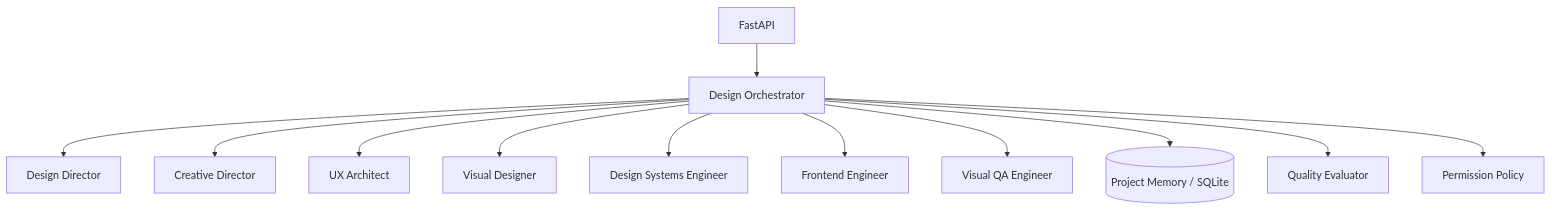
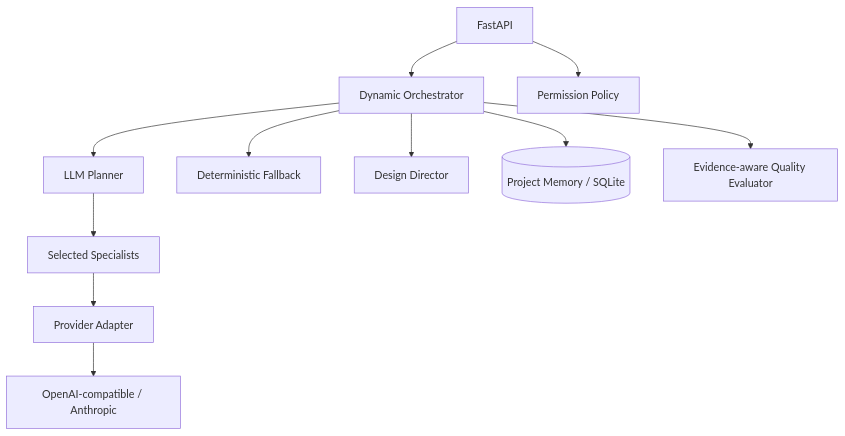
One commit to HareeshGT/DesignIntelligenceSystem changed the diagram in README.md. Above: the diagram before and after it, drawn with Mermaid. The commit also changed other lines of this file and 10 other files, not shown here.

First line of the commit message:
Add provider-backed design reasoning and dynamic orchestration

````diff
--- a/README.md
+++ b/README.md
@@ -9,14 +19,13 @@
 ```mermaid
 flowchart TD
-  API[FastAPI] --> ORCH[Design Orchestrator]
+  API[FastAPI] --> ORCH[Dynamic Orchestrator]
+  ORCH --> PLAN[LLM Planner]
+  PLAN --> SPECIALISTS[Selected Specialists]
+  SPECIALISTS --> PROVIDER[Provider Adapter]
+  PROVIDER --> MODELS[OpenAI-compatible / Anthropic]
+  ORCH --> FALLBACK[Deterministic Fallback]
   ORCH --> DIR[Design Director]
-  ORCH --> C[Creative Director]
-  ORCH --> UX[UX Architect]
-  ORCH --> VD[Visual Designer]
-  ORCH --> DS[Design Systems Engineer]
-  ORCH --> FE[Frontend Engineer]
-  ORCH --> QA[Visual QA Engineer]
   ORCH --> MEM[(Project Memory / SQLite)]
-  ORCH --> Q[Quality Evaluator]
-  ORCH --> PERM[Permission Policy]
+  ORCH --> Q[Evidence-aware Quality Evaluator]
+  API --> PERM[Permission Policy]
 ```
````
